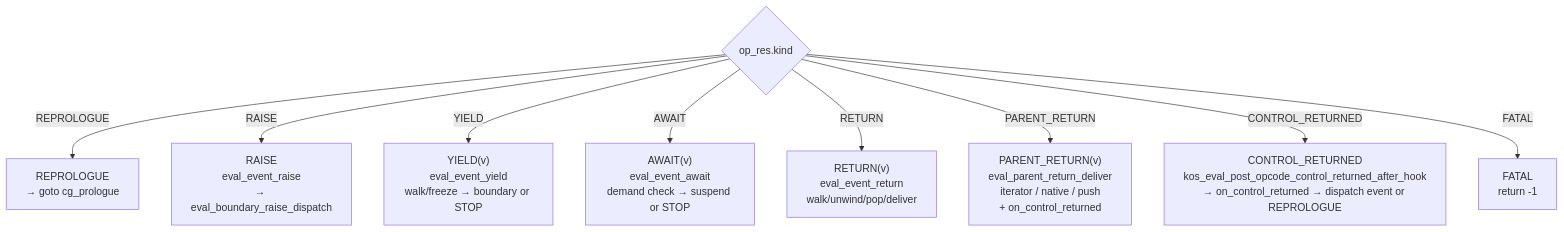
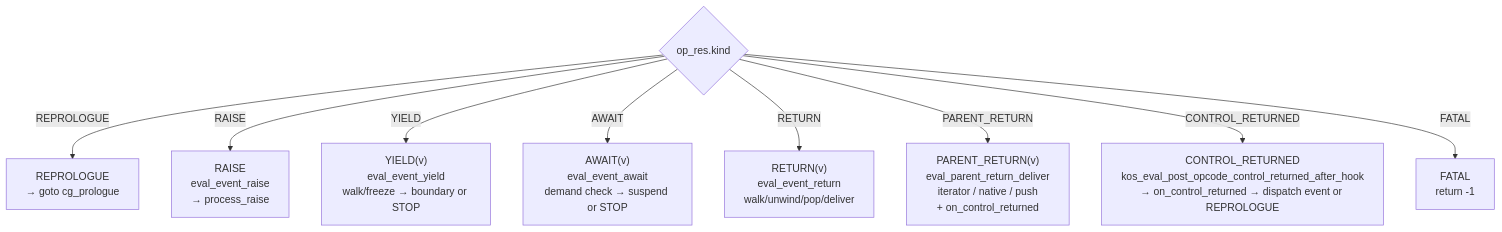
One commit to koskari-lang/koskari changed the seventh of 11 diagrams in design/EVALUATOR.md. Above: the diagram before and after it, drawn with Mermaid. The commit also changed other lines of this file and 8 other files, not shown here.

First line of the commit message:
eval: unify RAISE ingress on process_raise

````diff
--- a/design/EVALUATOR.md
+++ b/design/EVALUATOR.md
@@ -374,21 +377,21 @@
 ```mermaid
 flowchart TD
     kind{"op_res.kind"}
     repro["REPROLOGUE<br/>→ goto cg_prologue"]
-    raise["RAISE<br/>eval_event_raise<br/>→ eval_boundary_raise_dispatch"]
+    raise["RAISE<br/>eval_event_raise<br/>→ process_raise"]
     yield["YIELD(v)<br/>eval_event_yield<br/>walk/freeze → boundary or STOP"]
     await["AWAIT(v)<br/>eval_event_await<br/>demand check → suspend or STOP"]
     ret["RETURN(v)<br/>eval_event_return<br/>walk/unwind/pop/deliver"]
     pret["PARENT_RETURN(v)<br/>eval_parent_return_deliver<br/>iterator / native / push<br/>+ on_control_returned"]
     ctrl["CONTROL_RETURNED<br/>kos_eval_post_opcode_control_returned_after_hook<br/>→ on_control_returned → dispatch event or REPROLOGUE"]
     fatal["FATAL<br/>return -1"]
 
     kind -->|REPROLOGUE| repro
     kind -->|RAISE| raise
     kind -->|YIELD| yield
     kind -->|AWAIT| await
     kind -->|RETURN| ret
     kind -->|PARENT_RETURN| pret
     kind -->|CONTROL_RETURNED| ctrl
     kind -->|FATAL| fatal
 ```
````
